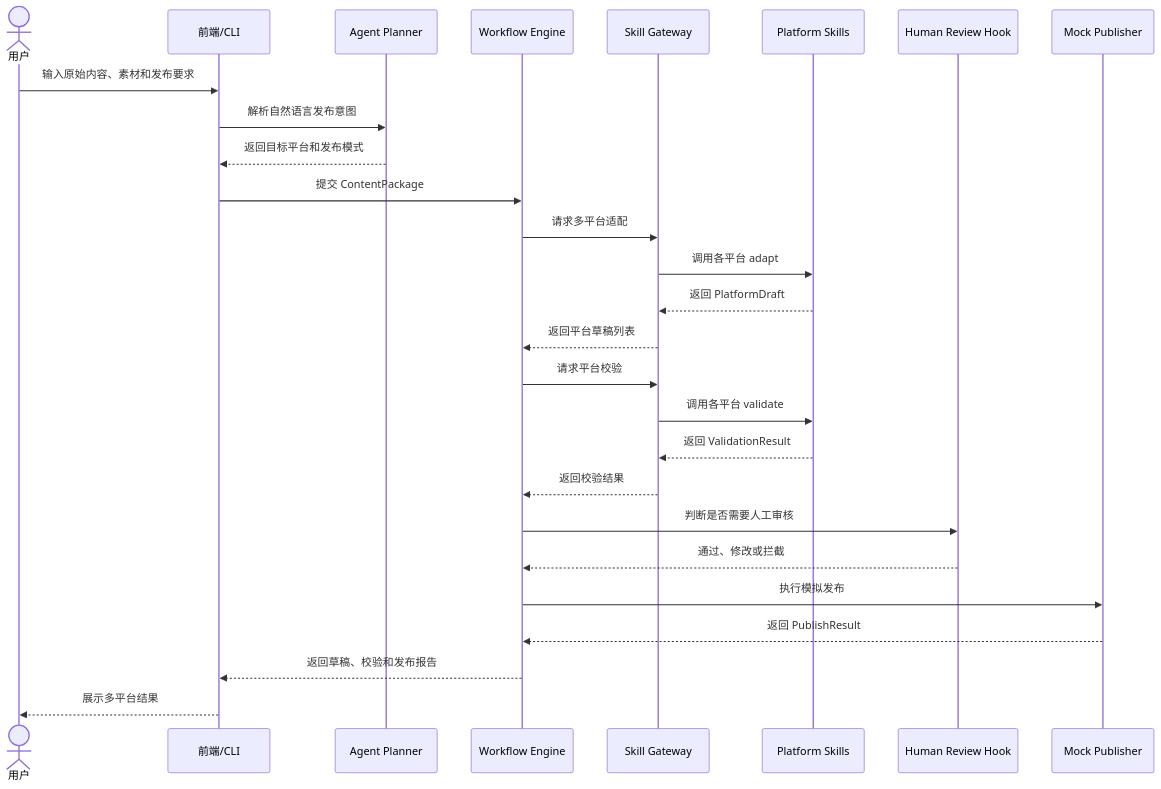
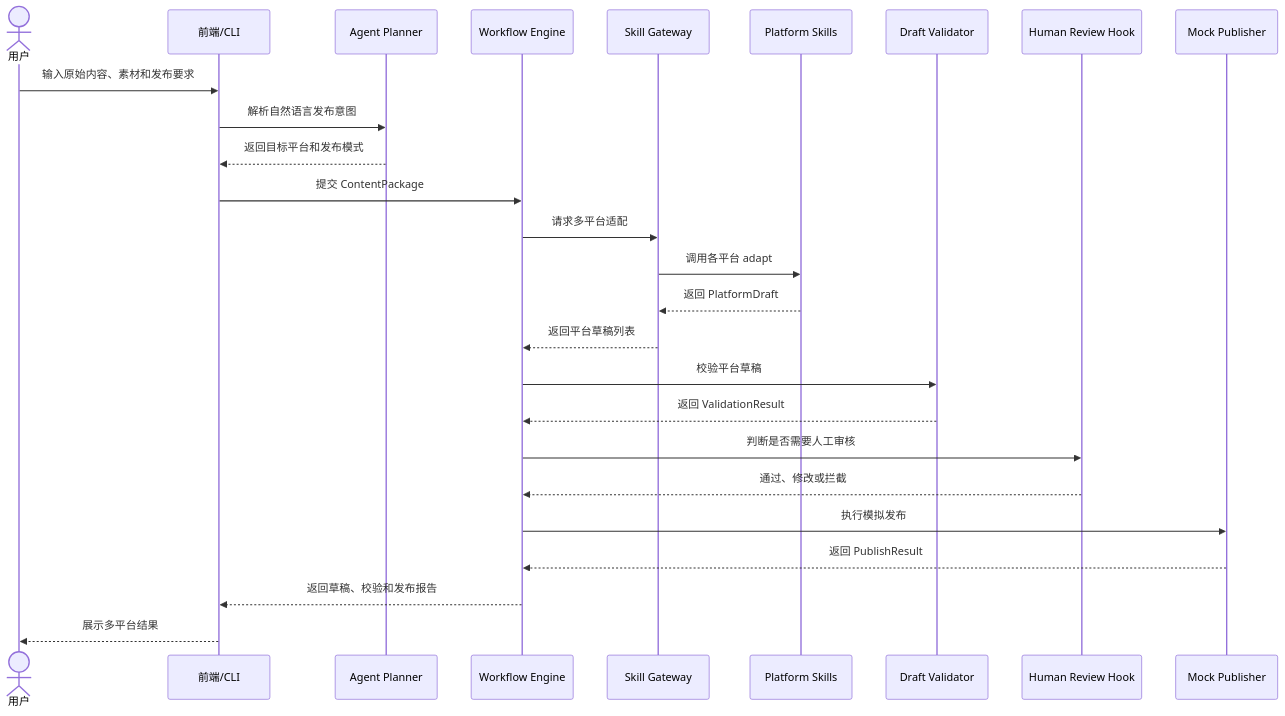
One commit to xyr723/content-flow-agent changed the first of 2 diagrams in docs/design/sequence-diagrams.md. Above: the diagram before and after it, drawn with Mermaid. The commit also changed other lines of this file and 9 other files, not shown here.

Commit message:
feat: add independent draft validator

````diff
--- a/docs/design/sequence-diagrams.md
+++ b/docs/design/sequence-diagrams.md
@@ -5,30 +5,29 @@
 ```mermaid
 sequenceDiagram
     actor User as 用户
     participant UI as 前端/CLI
     participant Planner as Agent Planner
     participant Workflow as Workflow Engine
     participant Gateway as Skill Gateway
     participant Skill as Platform Skills
+    participant Validator as Draft Validator
     participant Review as Human Review Hook
     participant Publisher as Mock Publisher
 
     User->>UI: 输入原始内容、素材和发布要求
     UI->>Planner: 解析自然语言发布意图
     Planner-->>UI: 返回目标平台和发布模式
     UI->>Workflow: 提交 ContentPackage
     Workflow->>Gateway: 请求多平台适配
     Gateway->>Skill: 调用各平台 adapt
     Skill-->>Gateway: 返回 PlatformDraft
     Gateway-->>Workflow: 返回平台草稿列表
-    Workflow->>Gateway: 请求平台校验
-    Gateway->>Skill: 调用各平台 validate
-    Skill-->>Gateway: 返回 ValidationResult
-    Gateway-->>Workflow: 返回校验结果
+    Workflow->>Validator: 校验平台草稿
+    Validator-->>Workflow: 返回 ValidationResult
     Workflow->>Review: 判断是否需要人工审核
     Review-->>Workflow: 通过、修改或拦截
     Workflow->>Publisher: 执行模拟发布
     Publisher-->>Workflow: 返回 PublishResult
     Workflow-->>UI: 返回草稿、校验和发布报告
     UI-->>User: 展示多平台结果
 ```
````
